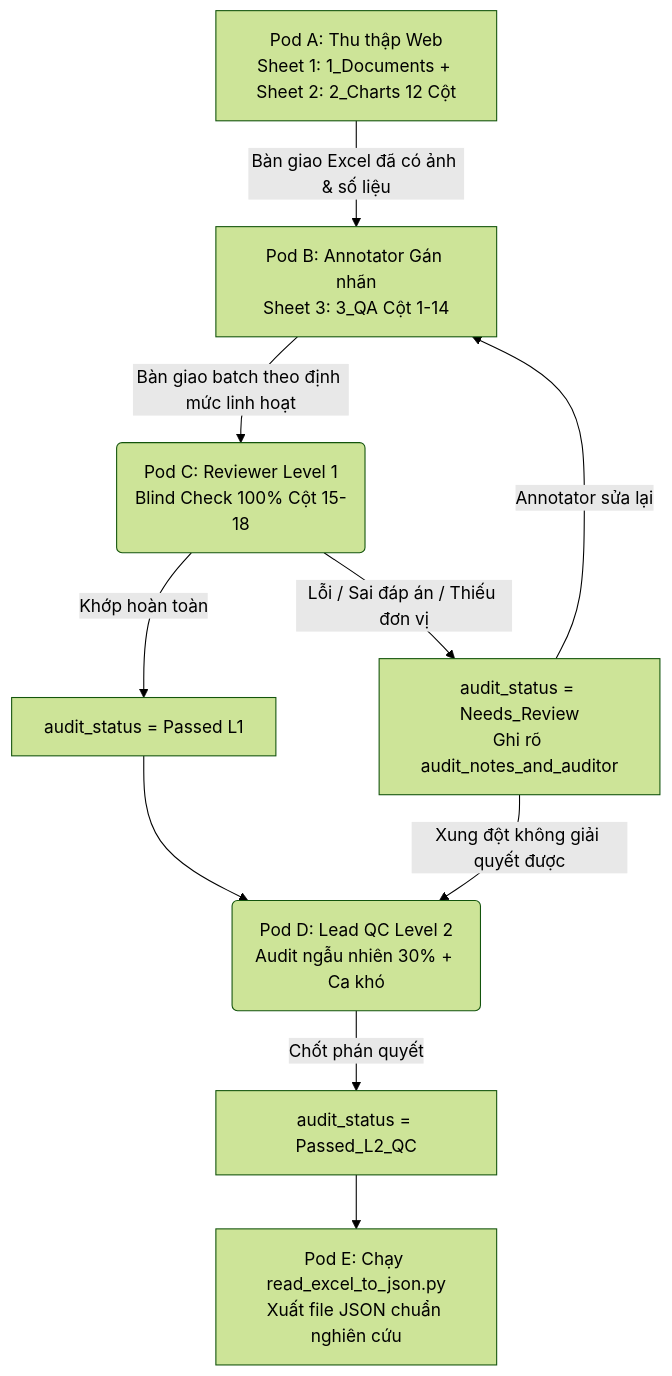
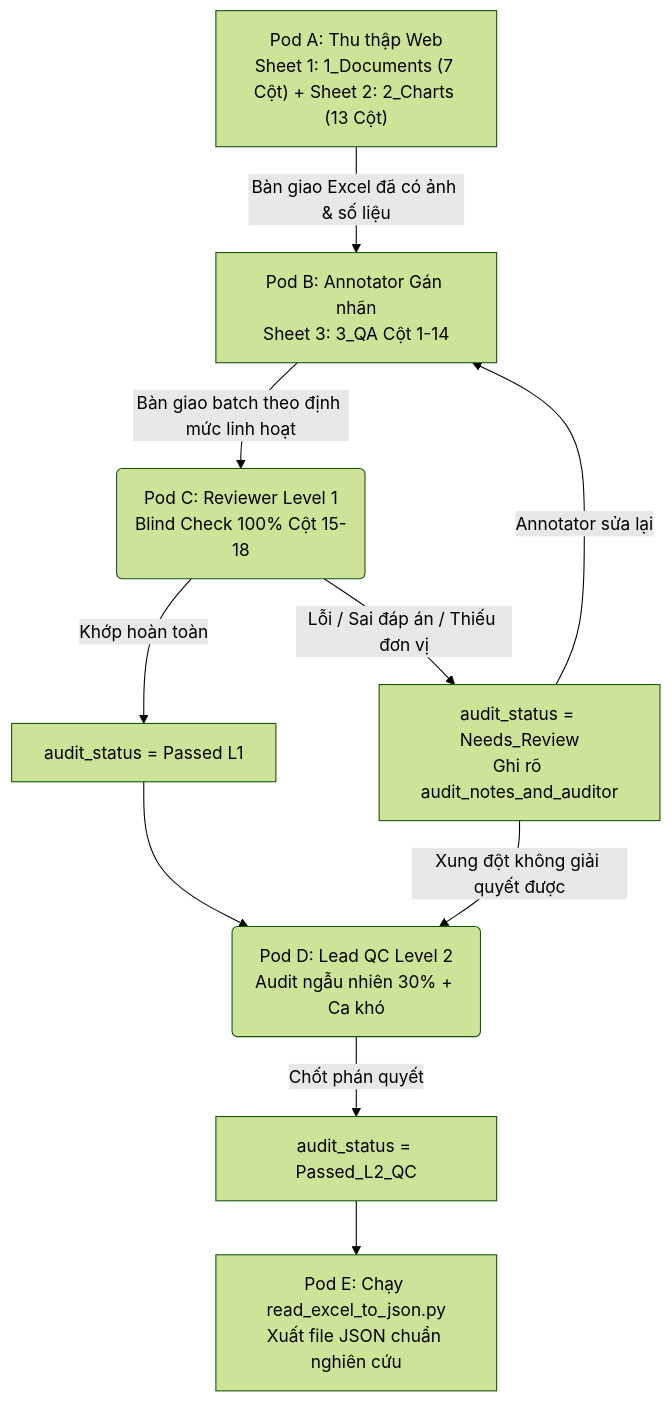
The diagram in docs/Guidelines.md (hoadm-net/ViChartQA), drawn with Mermaid (forest theme) before and after one commit. The commit also changed other lines of this file, not shown here.

Commit message:
Update Guidelines: Add composite chart rules and polish wording

````diff
--- a/docs/Guidelines.md
+++ b/docs/Guidelines.md
@@ -13,12 +13,12 @@
 ```mermaid
 graph TD
-    P1[Pod A: Thu thập Web<br>Sheet 1: 1_Documents + Sheet 2: 2_Charts 12 Cột] -->|Bàn giao Excel đã có ảnh & số liệu| P2[Pod B: Annotator Gán nhãn<br>Sheet 3: 3_QA Cột 1-14]
-    P2 -->|Bàn giao batch theo định mức linh hoạt| P3(Pod C: Reviewer Level 1<br>Blind Check 100% Cột 15-18)
-    P3 -->|Khớp hoàn toàn| P4_Pass[audit_status = Passed L1]
-    P3 -->|Lỗi / Sai đáp án / Thiếu đơn vị| P4_Rev[audit_status = Needs_Review<br>Ghi rõ audit_notes_and_auditor]
-    P4_Rev -->|Annotator sửa lại| P2
-    P4_Pass --> P5(Pod D: Lead QC Level 2<br>Audit ngẫu nhiên 30% + Ca khó)
-    P4_Rev -->|Xung đột không giải quyết được| P5
-    P5 -->|Chốt phán quyết| P6[audit_status = Passed_L2_QC]
-    P6 --> P7[Pod E: Chạy read_excel_to_json.py<br>Xuất file JSON chuẩn nghiên cứu]
+    P1["Pod A: Thu thập Web<br>Sheet 1: 1_Documents (7 Cột) + Sheet 2: 2_Charts (13 Cột)"] -->|"Bàn giao Excel đã có ảnh & số liệu"| P2["Pod B: Annotator Gán nhãn<br>Sheet 3: 3_QA Cột 1-14"]
+    P2 -->|"Bàn giao batch theo định mức linh hoạt"| P3("Pod C: Reviewer Level 1<br>Blind Check 100% Cột 15-18")
+    P3 -->|"Khớp hoàn toàn"| P4_Pass["audit_status = Passed L1"]
+    P3 -->|"Lỗi / Sai đáp án / Thiếu đơn vị"| P4_Rev["audit_status = Needs_Review<br>Ghi rõ audit_notes_and_auditor"]
+    P4_Rev -->|"Annotator sửa lại"| P2
+    P4_Pass --> P5("Pod D: Lead QC Level 2<br>Audit ngẫu nhiên 30% + Ca khó")
+    P4_Rev -->|"Xung đột không giải quyết được"| P5
+    P5 -->|"Chốt phán quyết"| P6["audit_status = Passed_L2_QC"]
+    P6 --> P7["Pod E: Chạy read_excel_to_json.py<br>Xuất file JSON chuẩn nghiên cứu"]
 ```
````
